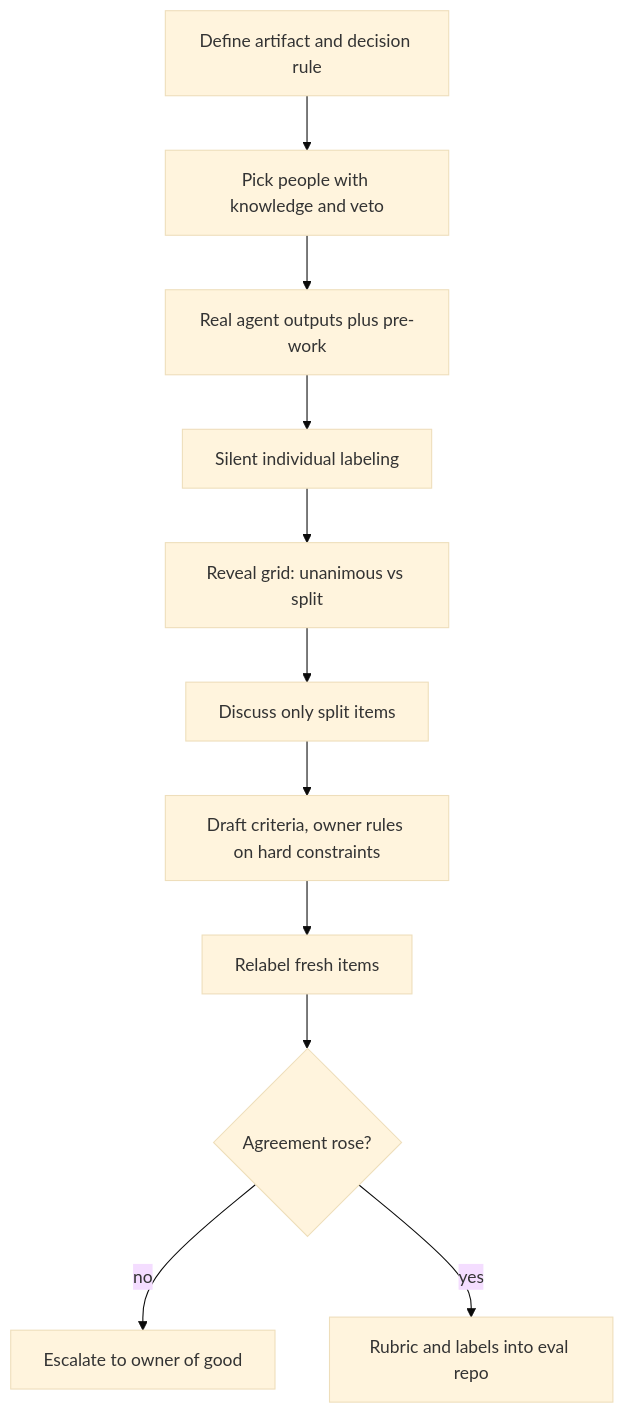
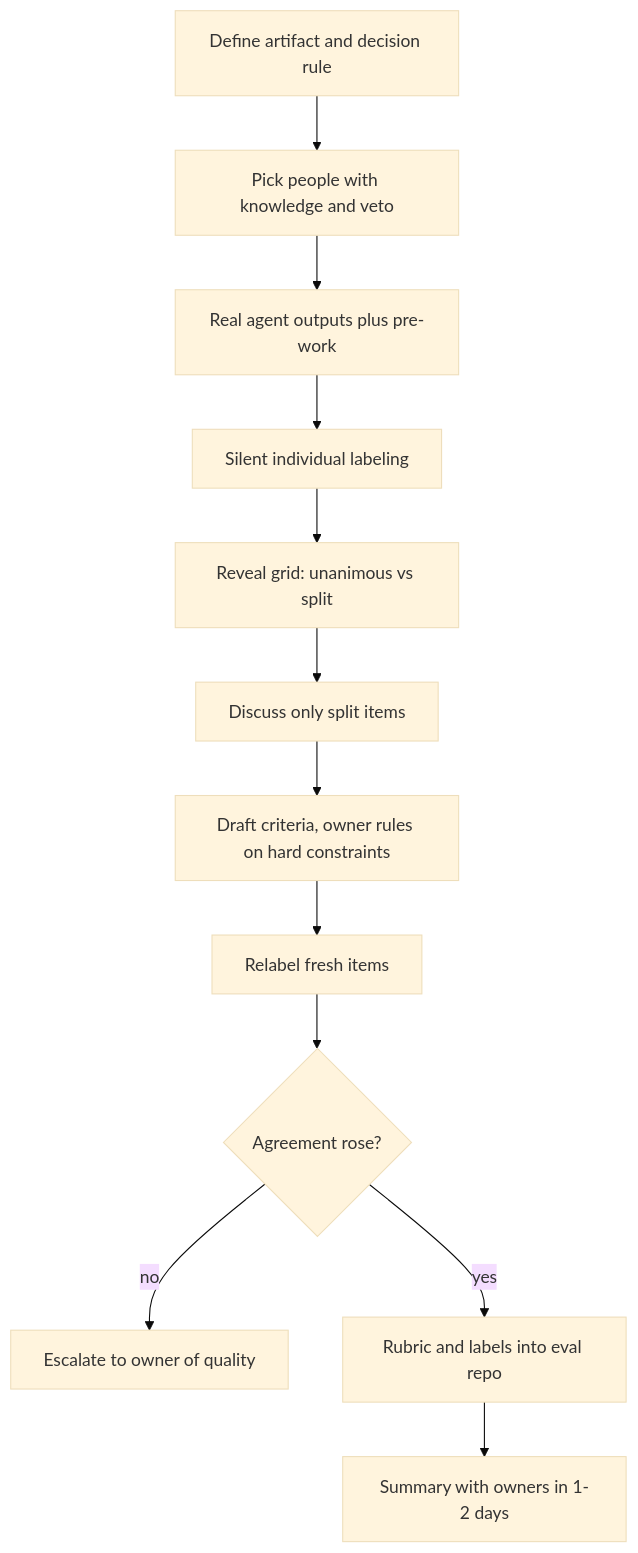
One commit to lovishmahajan97/agentic-learning changed the diagram in content/adoption/workshops.md. Above: the diagram before and after it, drawn with Mermaid (base theme). The commit also changed other lines of this file and 348 other files, not shown here.

````diff
--- a/content/adoption/workshops.md
+++ b/content/adoption/workshops.md
@@ -142,13 +142,14 @@
 ```mermaid
 flowchart TD
     O["Define artifact and decision rule"] --> P["Pick people with knowledge and veto"]
     P --> M["Real agent outputs plus pre-work"]
     M --> S["Silent individual labeling"]
     S --> R["Reveal grid: unanimous vs split"]
     R --> D["Discuss only split items"]
     D --> C["Draft criteria, owner rules on hard constraints"]
     C --> L["Relabel fresh items"]
     L --> Q{"Agreement rose?"}
-    Q -->|"no"| E["Escalate to owner of good"]
+    Q -->|"no"| E["Escalate to owner of quality"]
     Q -->|"yes"| F["Rubric and labels into eval repo"]
+    F --> G["Summary with owners in 1-2 days"]
 ```
````
